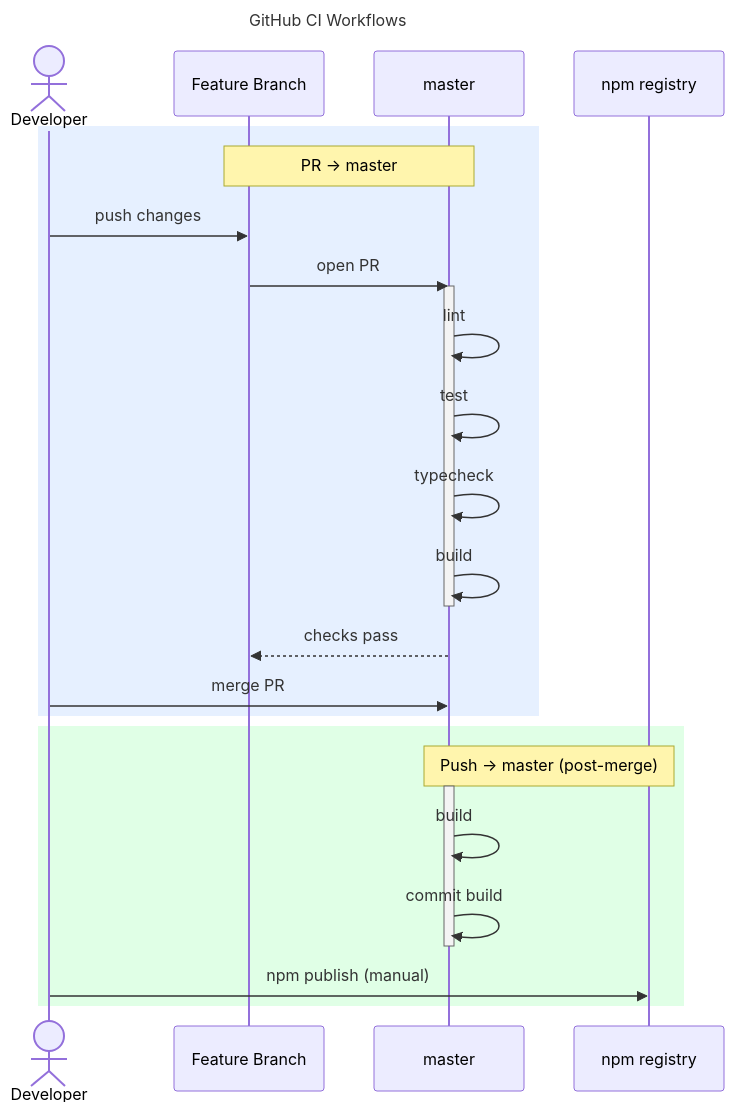
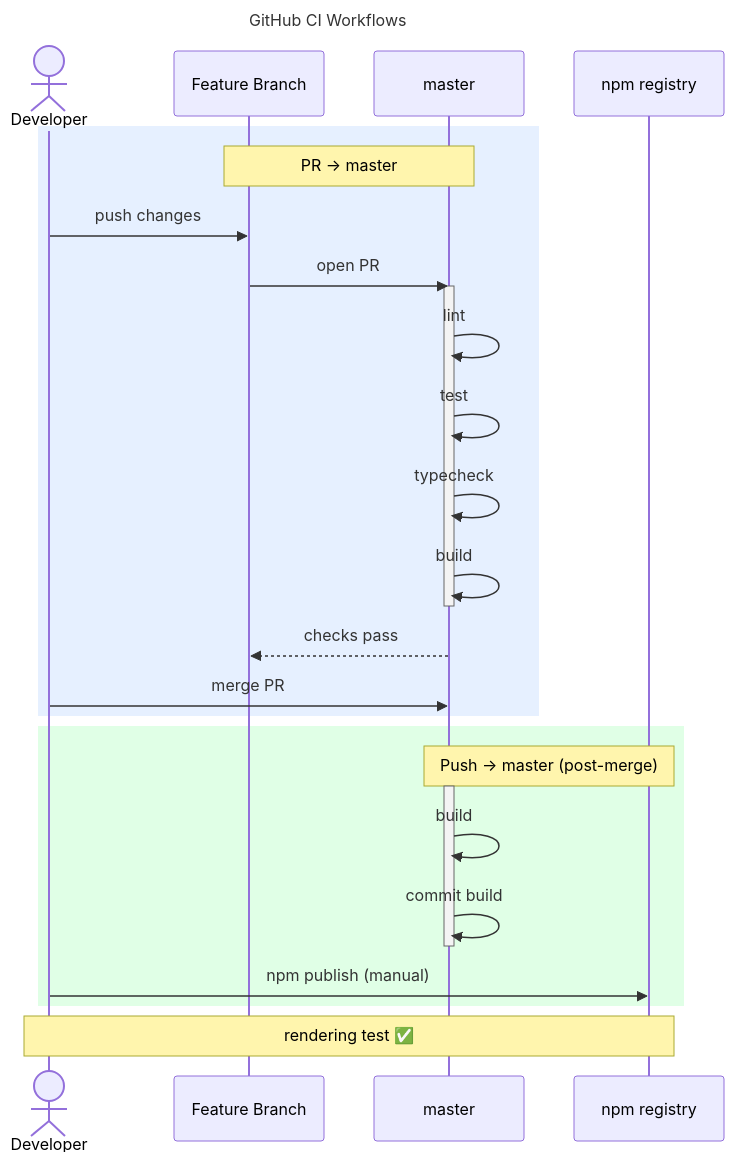
Before and after one commit to erdembircan/license-wizard: the diagram in docs/contracts/ci-workflow.mmd, drawn with Mermaid.

Commit message:
test(mermaid): add note to ci-workflow sequence diagram

```diff
--- a/docs/contracts/ci-workflow.mmd
+++ b/docs/contracts/ci-workflow.mmd
@@ -1,31 +1,32 @@
 ---
 title: GitHub CI Workflows
 ---
 sequenceDiagram
     actor Dev as Developer
     participant FB as Feature Branch
     participant M as master
     participant NPM as npm registry
 
     rect rgb(230, 240, 255)
         Note over FB,M: PR → master
         Dev->>FB: push changes
         FB->>M: open PR
         activate M
         M->>M: lint
         M->>M: test
         M->>M: typecheck
         M->>M: build
         deactivate M
         M-->>FB: checks pass
         Dev->>M: merge PR
     end
 
     rect rgb(224, 255, 230)
         Note over M,NPM: Push → master (post-merge)
         activate M
         M->>M: build
         M->>M: commit build
         deactivate M
         Dev->>NPM: npm publish (manual)
     end
+    Note over Dev,NPM: rendering test ✅
```
